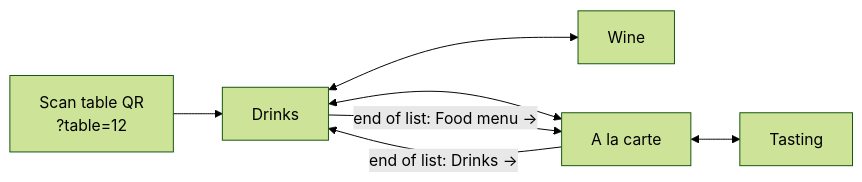
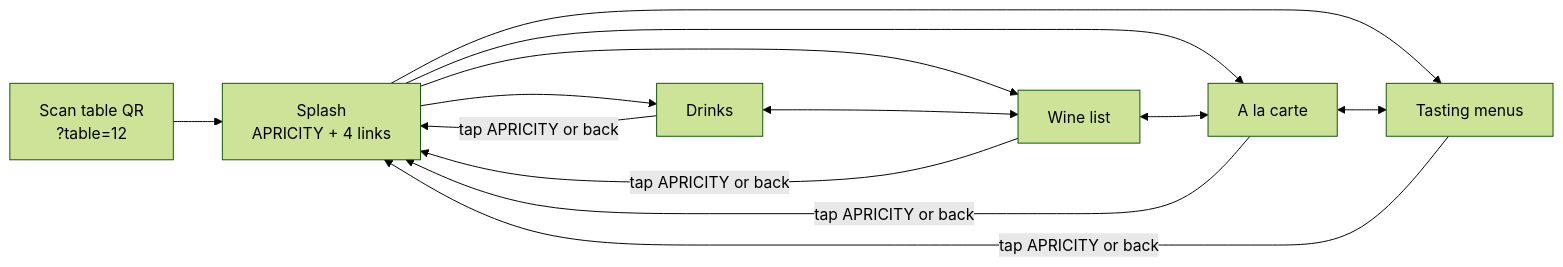
The diagram in README.md (lululaplap/apricity-mocks), drawn with Mermaid (forest theme) before and after one commit. The commit also changed other lines of this file and 2 other files, not shown here.

First line of the commit message:
Add minimal splash page linking to all four menus

````diff
--- a/README.md
+++ b/README.md
@@ -26,9 +26,7 @@
 ```mermaid
 flowchart LR
-  QR[Scan table QR<br/>?table=12] --> D[Drinks]
-  D <--> W[Wine]
-  D <--> A[A la carte]
-  A <--> T[Tasting]
-  D -->|end of list: Food menu →| A
-  A -->|end of list: Drinks →| D
+  QR[Scan table QR<br/>?table=12] --> S[Splash<br/>APRICITY + 4 links]
+  S --> D[Drinks] & W[Wine list] & A[A la carte] & T[Tasting menus]
+  D <--> W <--> A <--> T
+  D & W & A & T -->|tap APRICITY or back| S
 ```
````
